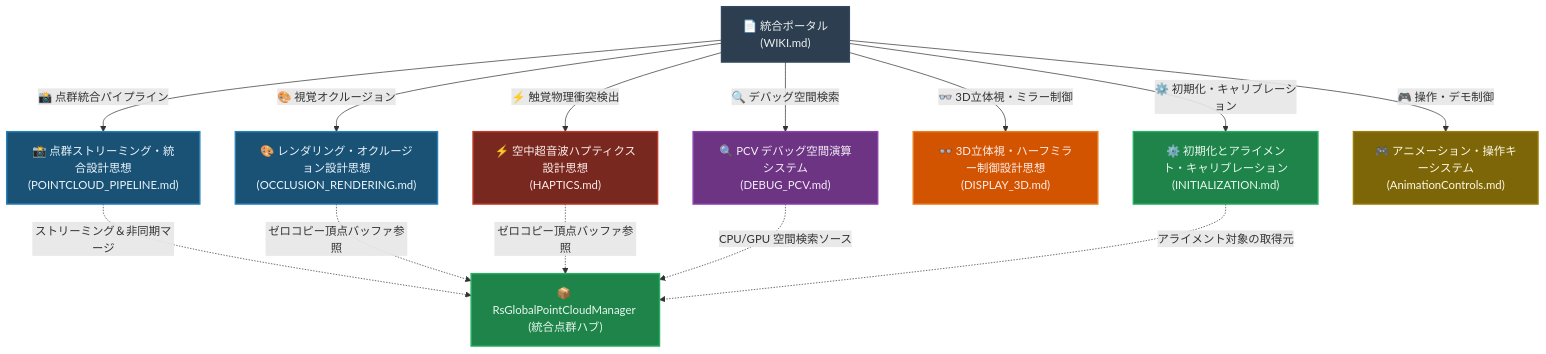
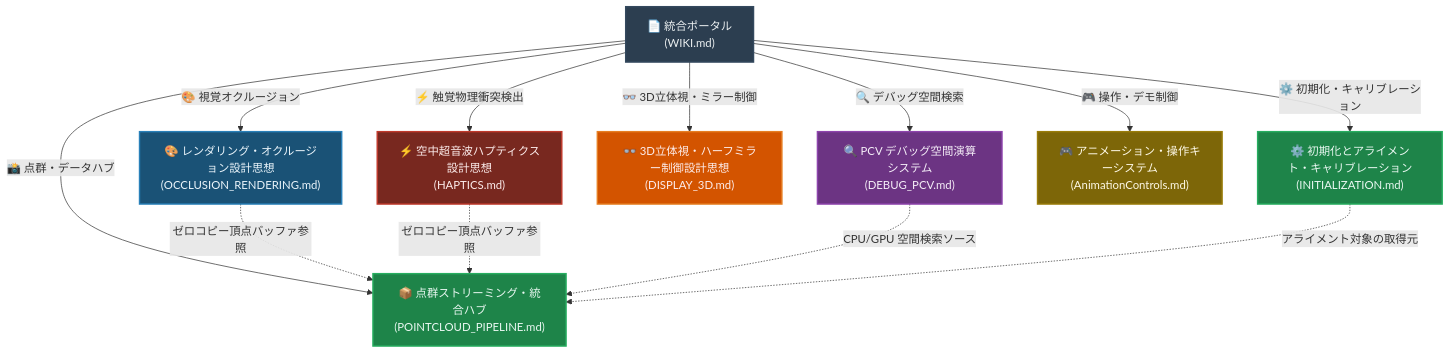
Before and after one commit to kotetsuOU/HandTrakingDemo: the diagram in WIKI.md, drawn with Mermaid.

Commit message:
Backup: 2026/06/22

````diff
--- a/WIKI.md
+++ b/WIKI.md
@@ -13,31 +13,29 @@
 ```mermaid
 graph TD
     %% スタイル定義
     classDef main fill:#2C3E50,stroke:#34495E,stroke-width:2px,color:#ECF0F1;
     classDef render fill:#1A5276,stroke:#2980B9,stroke-width:2px,color:#EBF5FB;
     classDef haptic fill:#78281F,stroke:#C0392B,stroke-width:2px,color:#FDEDEC;
     classDef debug fill:#6C3483,stroke:#8E44AD,stroke-width:2px,color:#F5EEF8;
     classDef common fill:#1E8449,stroke:#27AE60,stroke-width:2px,color:#EAF8F2;
     classDef display fill:#D35400,stroke:#E67E22,stroke-width:2px,color:#FDEDEC;
     classDef control fill:#7D6608,stroke:#9A7D0A,stroke-width:2px,color:#FEF9E7;
 
     %% ノード定義
     WIKI["📄 統合ポータル<br/>(WIKI.md)"]:::main
     
     %% サブシステム分離
-    WIKI -->|"📸 点群統合パイプライン"| PointCloudNode["📸 点群ストリーミング・統合設計思想<br/>(POINTCLOUD_PIPELINE.md)"]:::render
+    WIKI -->|"📸 点群・データハブ"| PointCloudNode["📦 点群ストリーミング・統合ハブ<br/>(POINTCLOUD_PIPELINE.md)"]:::common
     WIKI -->|"🎨 視覚オクルージョン"| RenderNode["🎨 レンダリング・オクルージョン設計思想<br/>(OCCLUSION_RENDERING.md)"]:::render
     WIKI -->|"⚡ 触覚物理衝突検出"| HapticsNode["⚡ 空中超音波ハプティクス設計思想<br/>(HAPTICS.md)"]:::haptic
     WIKI -->|"🔍 デバッグ空間検索"| DebugNode["🔍 PCV デバッグ空間演算システム<br/>(DEBUG_PCV.md)"]:::debug
     WIKI -->|"👓 3D立体視・ミラー制御"| DisplayNode["👓 3D立体視・ハーフミラー制御設計思想<br/>(DISPLAY_3D.md)"]:::display
     WIKI -->|"⚙️ 初期化・キャリブレーション"| InitNode["⚙️ 初期化とアライメント・キャリブレーション<br/>(INITIALIZATION.md)"]:::common
     WIKI -->|"🎮 操作・デモ制御"| ControlNode["🎮 アニメーション・操作キーシステム<br/>(AnimationControls.md)"]:::control
 
-    %% 共通データハブ
-    GlobalManager["📦 RsGlobalPointCloudManager (統合点群ハブ)"]:::common
-    PointCloudNode -.->|ストリーミング＆非同期マージ| GlobalManager
-    RenderNode -.->|ゼロコピー頂点バッファ参照| GlobalManager
-    HapticsNode -.->|ゼロコピー頂点バッファ参照| GlobalManager
-    DebugNode -.->|CPU/GPU 空間検索ソース| GlobalManager
-    InitNode -.->|アライメント対象の取得元| GlobalManager
+    %% 共通データハブへの依存関係 (RsGlobalPointCloudManager)
+    RenderNode -.->|ゼロコピー頂点バッファ参照| PointCloudNode
+    HapticsNode -.->|ゼロコピー頂点バッファ参照| PointCloudNode
+    DebugNode -.->|CPU/GPU 空間検索ソース| PointCloudNode
+    InitNode -.->|アライメント対象の取得元| PointCloudNode
 ```
````
